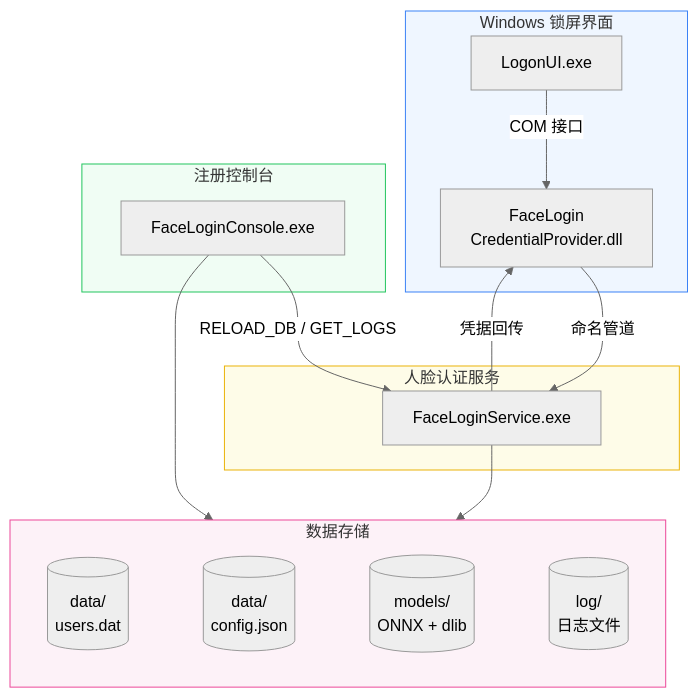
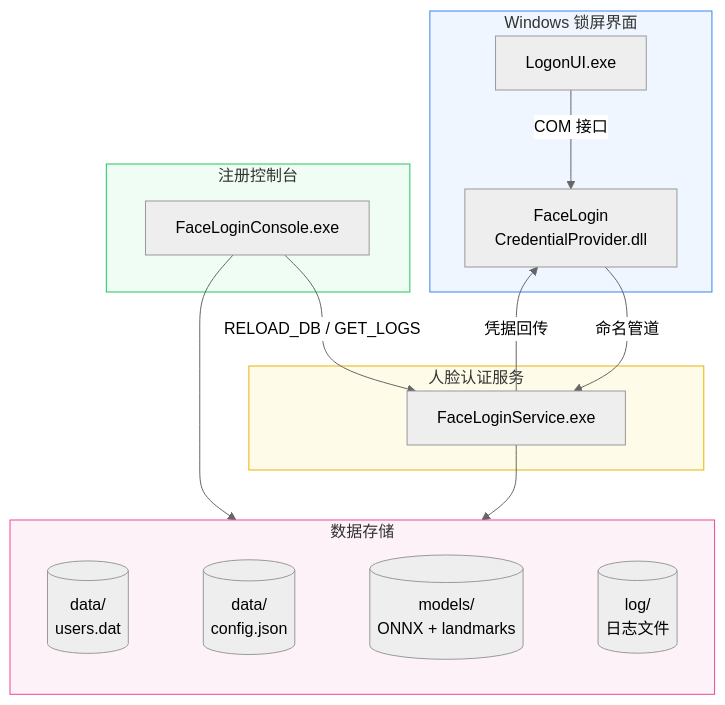
The diagram in README.md (EthanZer0/FaceLogin), drawn with Mermaid (neutral theme) before and after one commit. The commit also changed other lines of this file and 4 other files, not shown here.

````diff
--- a/README.md
+++ b/README.md
@@ -35,32 +35,32 @@
 ```mermaid
 flowchart TB
     subgraph LockScreen["Windows 锁屏界面"]
         LogonUI["LogonUI.exe"]
         CP["FaceLogin<br/>CredentialProvider.dll"]
     end
 
     subgraph Service["人脸认证服务"]
         Svc["FaceLoginService.exe"]
     end
 
     subgraph Enrollment["注册控制台"]
         Console["FaceLoginConsole.exe"]
     end
 
     subgraph Storage["数据存储"]
         direction LR
-        UsersDB[("data/<br/>users.dat")] ~~~ Config[("data/<br/>config.json")] ~~~ Models[("models/<br/>ONNX + dlib")] ~~~ Logs[("log/<br/>日志文件")]
+        UsersDB[("data/<br/>users.dat")] ~~~ Config[("data/<br/>config.json")] ~~~ Models[("models/<br/>ONNX + landmarks")] ~~~ Logs[("log/<br/>日志文件")]
     end
 
     LogonUI -->|"COM 接口"| CP
     CP -->|"命名管道"| Svc
     Svc -->|"凭据回传"| CP
     Console -->|"RELOAD_DB / GET_LOGS"| Svc
     Console --> Storage
     Svc --> Storage
 
     style LockScreen fill:#eff6ff,stroke:#3b82f6
     style Service fill:#fefce8,stroke:#eab308
     style Enrollment fill:#f0fdf4,stroke:#22c55e
     style Storage fill:#fdf2f8,stroke:#ec4899
 ```
````
